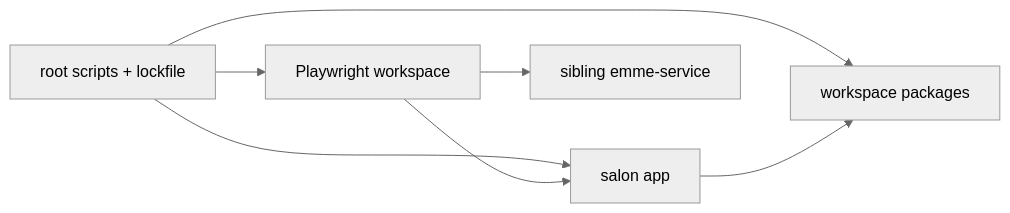
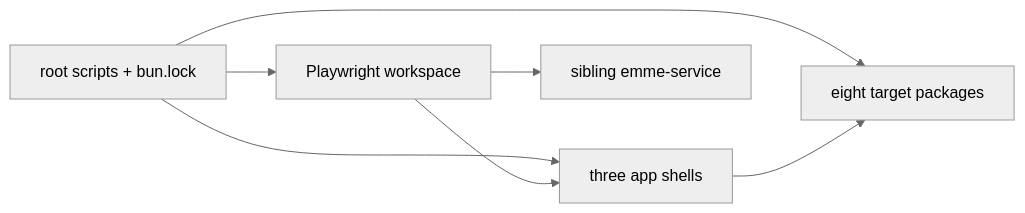
Before and after one commit to migangdelzar/emme-web: the second of 2 diagrams in docs/architecture/00-project/frontend-build-bun.md, drawn with Mermaid (neutral theme). The commit also changed other lines of this file and 35 other files, not shown here.

Commit message:
docs(architecture): restore canonical handbook detail

````diff
--- a/docs/architecture/00-project/frontend-build-bun.md
+++ b/docs/architecture/00-project/frontend-build-bun.md
@@ -57,9 +57,9 @@
 ```mermaid
 flowchart LR
-    Root["root scripts + lockfile"] --> App["salon app"]
-    Root --> Packages["workspace packages"]
+    Root["root scripts + bun.lock"] --> Apps["three app shells"]
+    Root --> Packages["eight target packages"]
     Root --> E2E["Playwright workspace"]
-    App --> Packages
-    E2E --> App
+    Apps --> Packages
+    E2E --> Apps
     E2E --> Service["sibling emme-service"]
 ```
````
